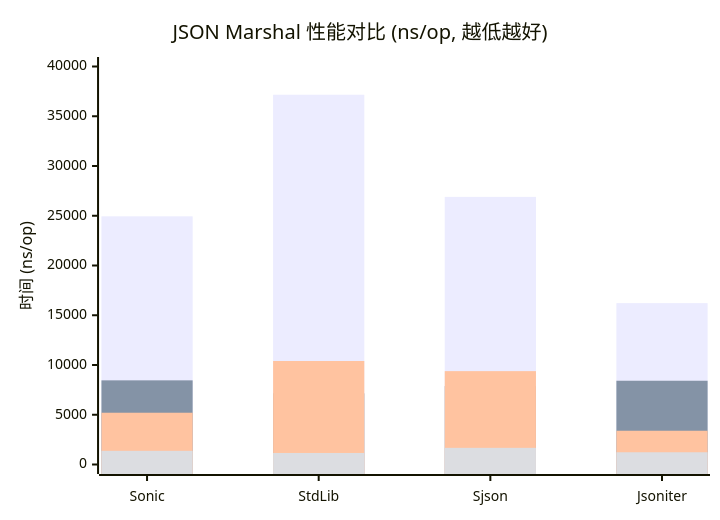
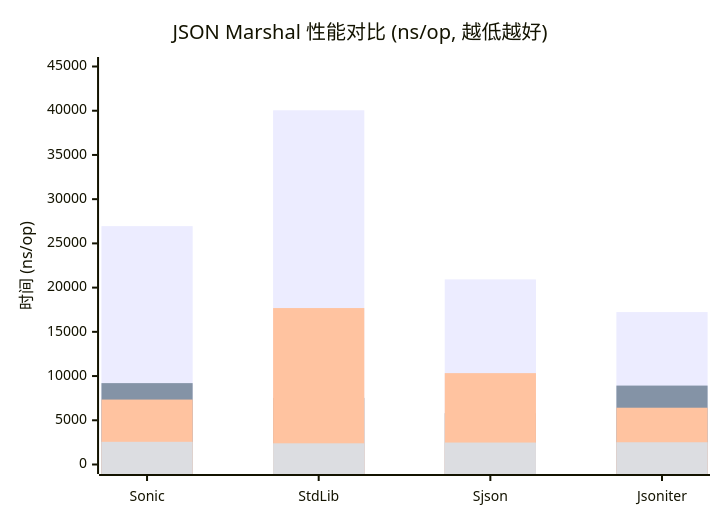
The fourth of 6 diagrams in README.md (linkxzhou/sjson), drawn with Mermaid before and after one commit. The commit also changed other lines of this file and 6 other files, not shown here.

````diff
--- a/README.md
+++ b/README.md
@@ -302,10 +310,10 @@
 ```mermaid
 xychart-beta
     title "JSON Marshal 性能对比 (ns/op, 越低越好)"
     x-axis ["Sonic", "StdLib", "Sjson", "Jsoniter"]
-    y-axis "时间 (ns/op)" 0 --> 40000
-    bar "Generic" [24943, 37163, 26895, 16218]
-    bar "Binding" [8457, 7152, 7881, 8418]
-    bar "Parallel Generic" [5203, 10401, 9384, 3393]
-    bar "Parallel Binding" [1374, 1157, 1673, 1229]
+    y-axis "时间 (ns/op)" 0 --> 45000
+    bar "Generic" [26953, 40048, 20931, 17234]
+    bar "Binding" [9200, 7528, 5801, 8923]
+    bar "Parallel Generic" [7340, 17688, 10330, 6419]
+    bar "Parallel Binding" [2565, 2398, 2481, 2516]
 ```
````
